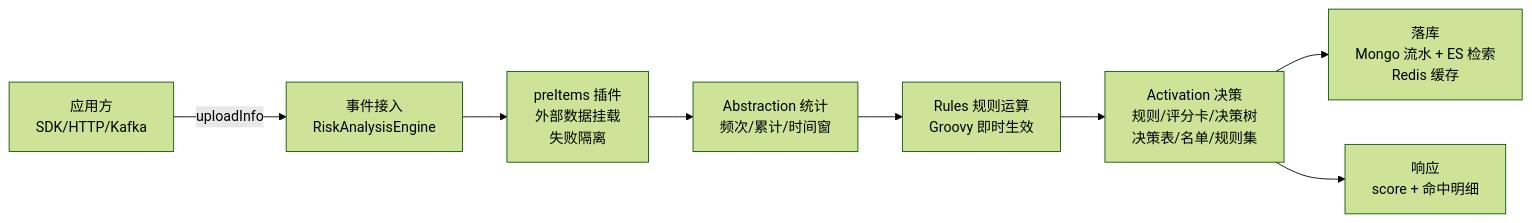
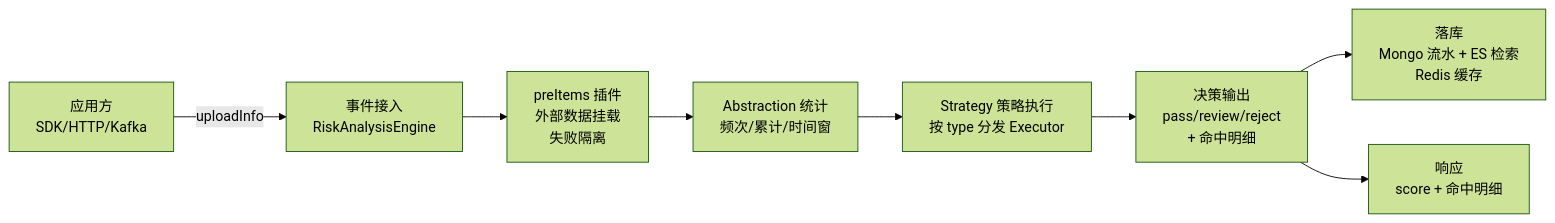
The first of 2 diagrams in docs/architecture.md (wfh45678/radar), drawn with Mermaid (forest theme) before and after one commit. The commit also changed other lines of this file and 8 other files, not shown here.

First line of the commit message:
docs: M7 文档收口——plan-v4.0/升级指南 v3.x→v4.0/CHANGELOG/架构图/模板文档

````diff
--- a/docs/architecture.md
+++ b/docs/architecture.md
@@ -10,10 +10,10 @@
 ```mermaid
 flowchart LR
     A[应用方\nSDK/HTTP/Kafka] -->|uploadInfo| B[事件接入\nRiskAnalysisEngine]
     B --> C[preItems 插件\n外部数据挂载\n失败隔离]
     C --> D[Abstraction 统计\n频次/累计/时间窗]
-    D --> E[Rules 规则运算\nGroovy 即时生效]
-    E --> F[Activation 决策\n规则/评分卡/决策树\n决策表/名单/规则集]
+    D --> E[Strategy 策略执行\n按 type 分发 Executor]
+    E --> F[决策输出\npass/review/reject\n+ 命中明细]
     F --> G[落库\nMongo 流水 + ES 检索\nRedis 缓存]
     F --> H[响应\nscore + 命中明细]
 ```
````
